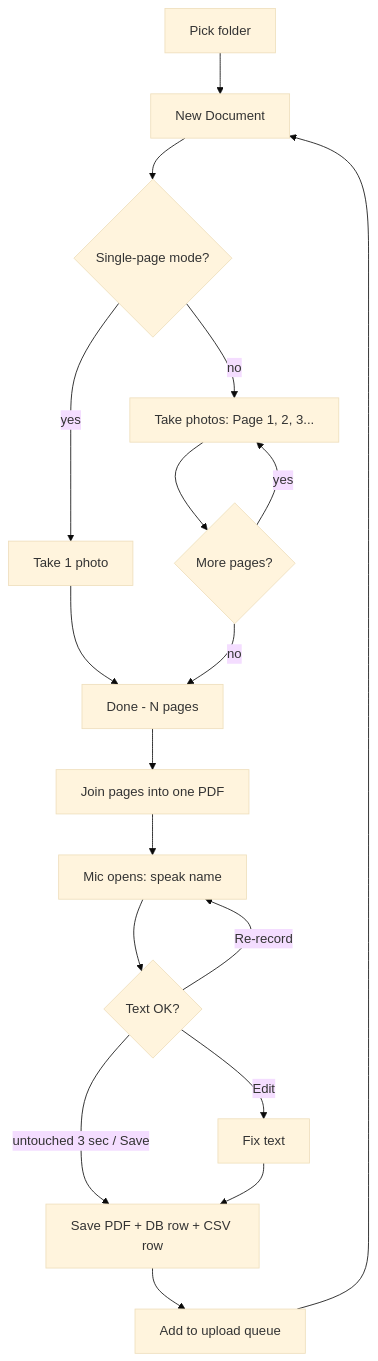
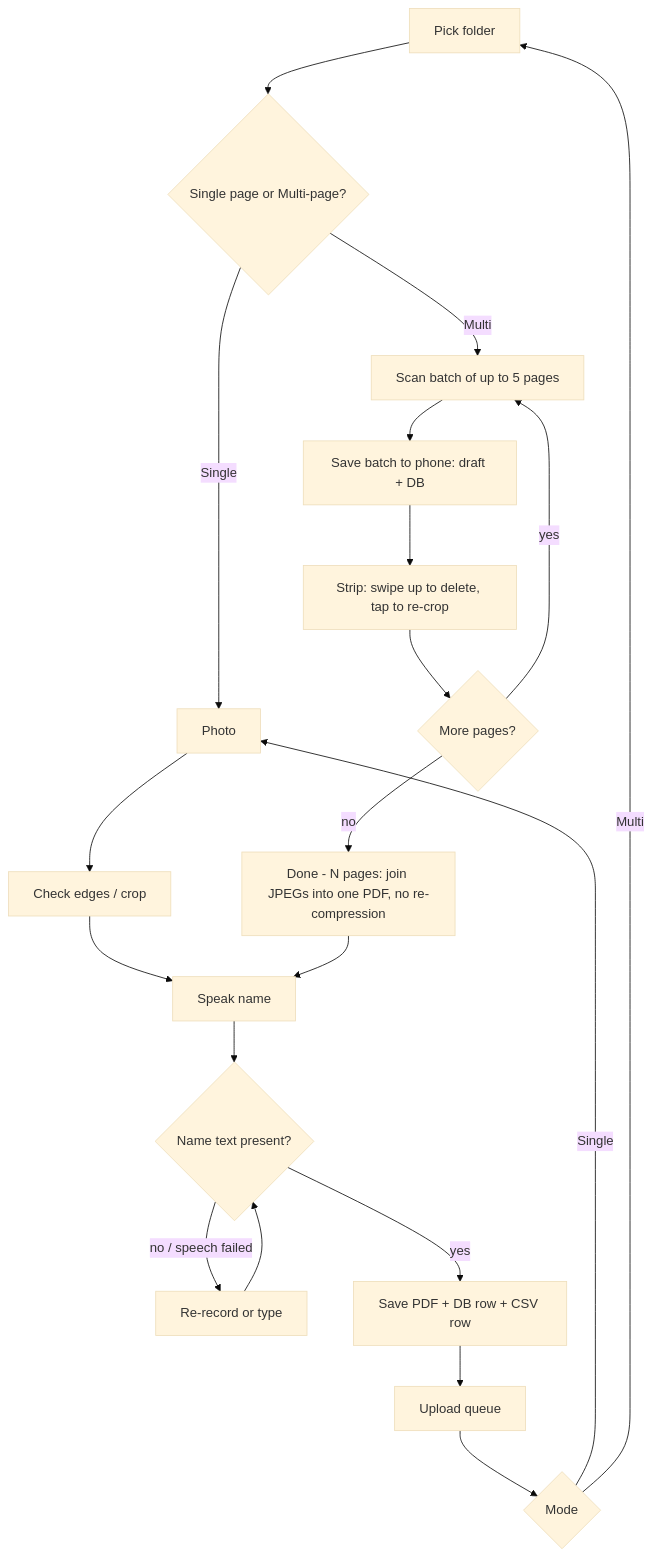
Before and after one commit to rahulbalaraddi-analytics/app-lab: the second of 5 diagrams in docsnap/docs/04-Flowcharts.md, drawn with Mermaid (base theme). The commit also changed other lines of this file and 5 other files, not shown here.

First line of the commit message:
docs(docsnap): single/multi-page modes, 5-page checkpoints, name lock, Drive folder link, HD quality

````diff
--- a/docsnap/docs/04-Flowcharts.md
+++ b/docsnap/docs/04-Flowcharts.md
@@ -7,18 +19,18 @@
 ```mermaid
 flowchart TD
-  A[Pick folder] --> B[New Document]
-  B --> C{Single-page mode?}
-  C -- yes --> D[Take 1 photo] --> F
-  C -- no --> E[Take photos: Page 1, 2, 3...] --> E2{More pages?}
-  E2 -- yes --> E
-  E2 -- no --> F[Done - N pages]
-  F --> G[Join pages into one PDF]
-  G --> H[Mic opens: speak name]
-  H --> I{Text OK?}
-  I -- Re-record --> H
-  I -- Edit --> J[Fix text]
-  I -- untouched 3 sec / Save --> K
-  J --> K[Save PDF + DB row + CSV row]
-  K --> L[Add to upload queue]
-  L --> B
+  A[Pick folder] --> M{Single page or Multi-page?}
+  M -- Single --> S1[Photo] --> S2[Check edges / crop] --> N
+  M -- Multi --> P1[Scan batch of up to 5 pages]
+  P1 --> P2[Save batch to phone: draft + DB]
+  P2 --> P3[Strip: swipe up to delete, tap to re-crop]
+  P3 --> P4{More pages?}
+  P4 -- yes --> P1
+  P4 -- no --> P5[Done - N pages: join JPEGs into one PDF, no re-compression] --> N
+  N[Speak name] --> N2{Name text present?}
+  N2 -- no / speech failed --> N3[Re-record or type] --> N2
+  N2 -- yes --> K[Save PDF + DB row + CSV row]
+  K --> L[Upload queue]
+  L --> M2{Mode}
+  M2 -- Single --> S1
+  M2 -- Multi --> A
 ```
````
